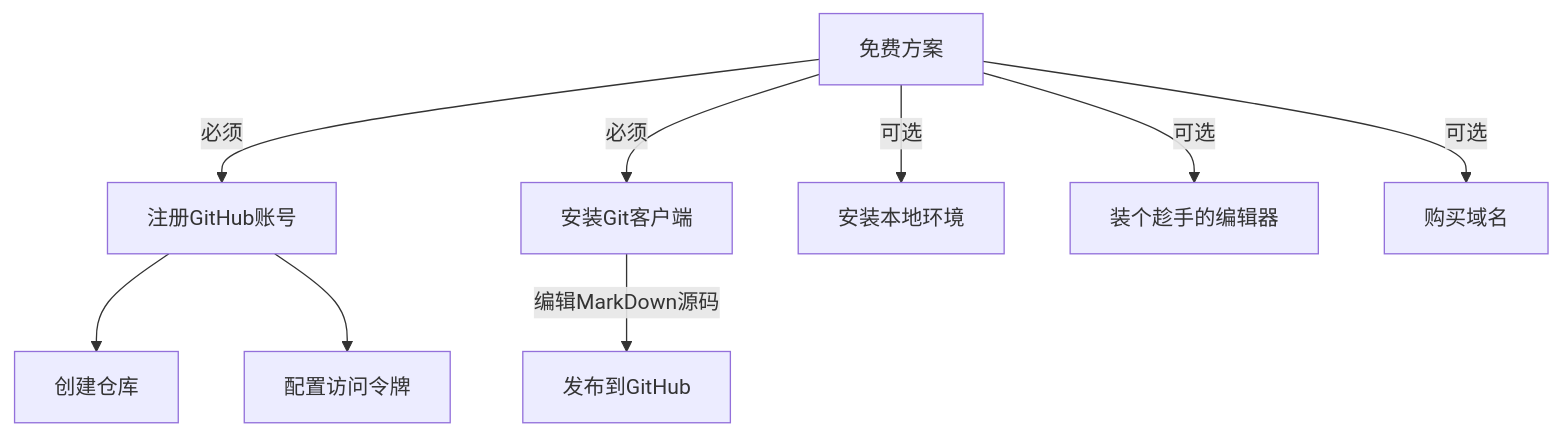
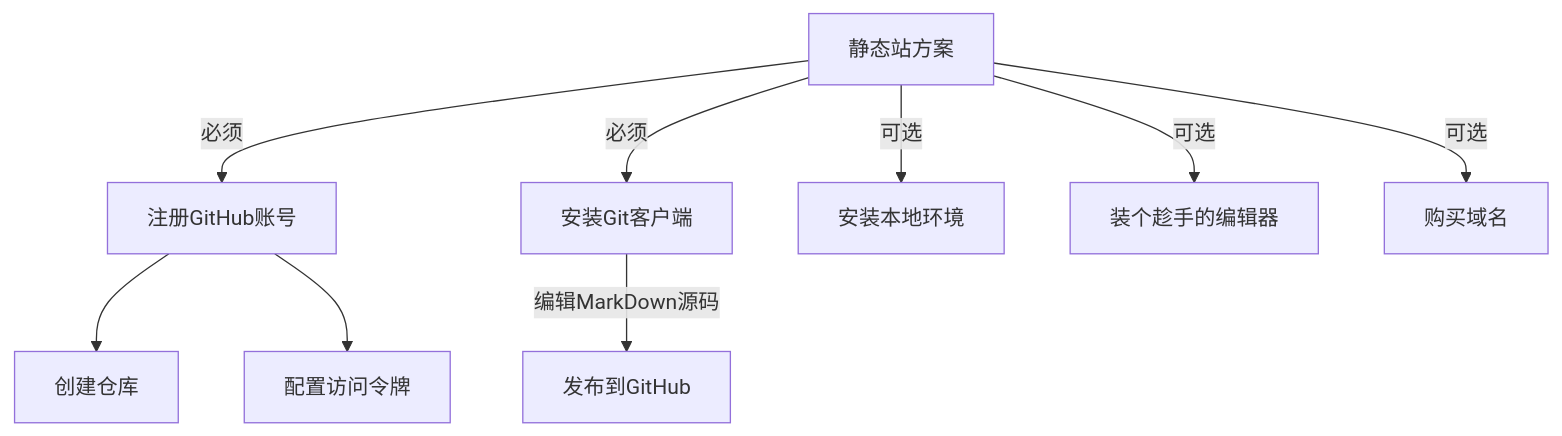
Before and after one commit to 828767/action-hexo: the third of 4 diagrams in source/_posts/guide/how-to-build-site-2.md, drawn with Mermaid. The commit also changed other lines of this file, not shown here.

````diff
--- a/source/_posts/guide/how-to-build-site-2.md
+++ b/source/_posts/guide/how-to-build-site-2.md
@@ -38,8 +40,8 @@
 ```mermaid
 flowchart TB;
-免费方案 --必须--> 注册GitHub账号 & 安装Git客户端
+静态站方案 --必须--> 注册GitHub账号 & 安装Git客户端
 注册GitHub账号 --> 创建仓库 & 配置访问令牌
 安装Git客户端 --编辑MarkDown源码--> 发布到GitHub
-免费方案 --可选--> 安装本地环境 & 装个趁手的编辑器 & 购买域名
+静态站方案 --可选--> 安装本地环境 & 装个趁手的编辑器 & 购买域名
 装个趁手的编辑器
 ```
````
